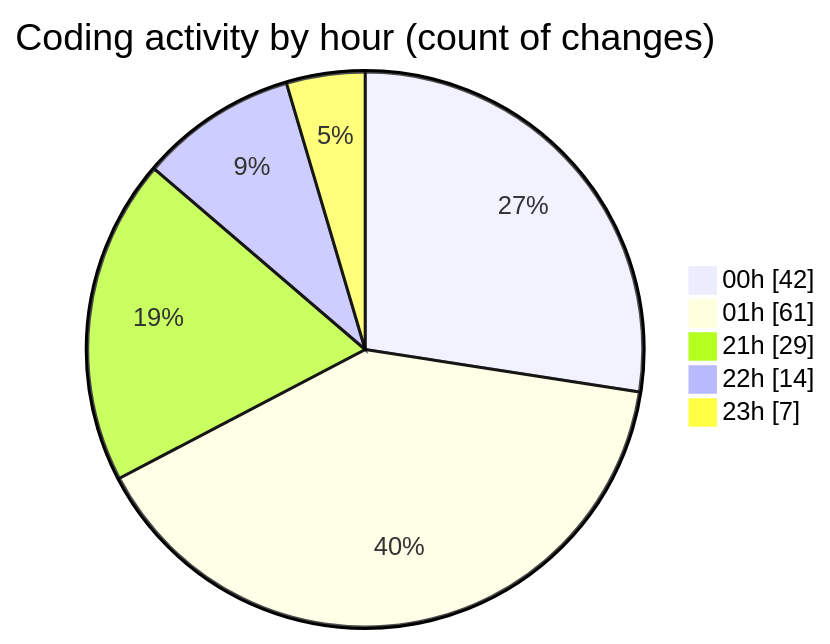
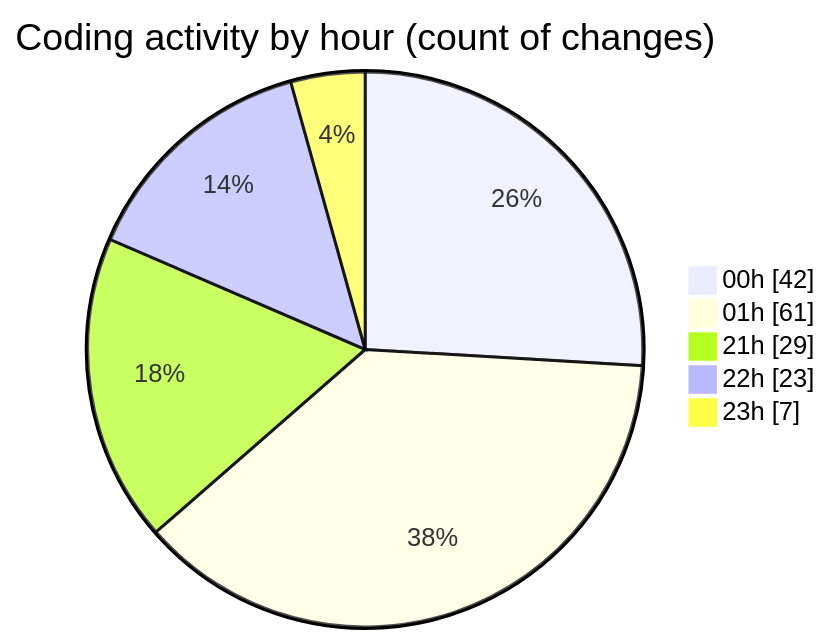
The second of 2 diagrams in 2025-08-12/rentotp/README.md (lephambinh05/code-tracking), drawn with Mermaid before and after one commit. The commit also changed other lines of this file and 1 other file, not shown here.

````diff
--- a/2025-08-12/rentotp/README.md
+++ b/2025-08-12/rentotp/README.md
@@ -54,9 +56,9 @@
 ```mermaid
 pie showData
 title Coding activity by hour (count of changes)
 "00h" : 42
 "01h" : 61
 "21h" : 29
-"22h" : 14
+"22h" : 23
 "23h" : 7
 ```
````
